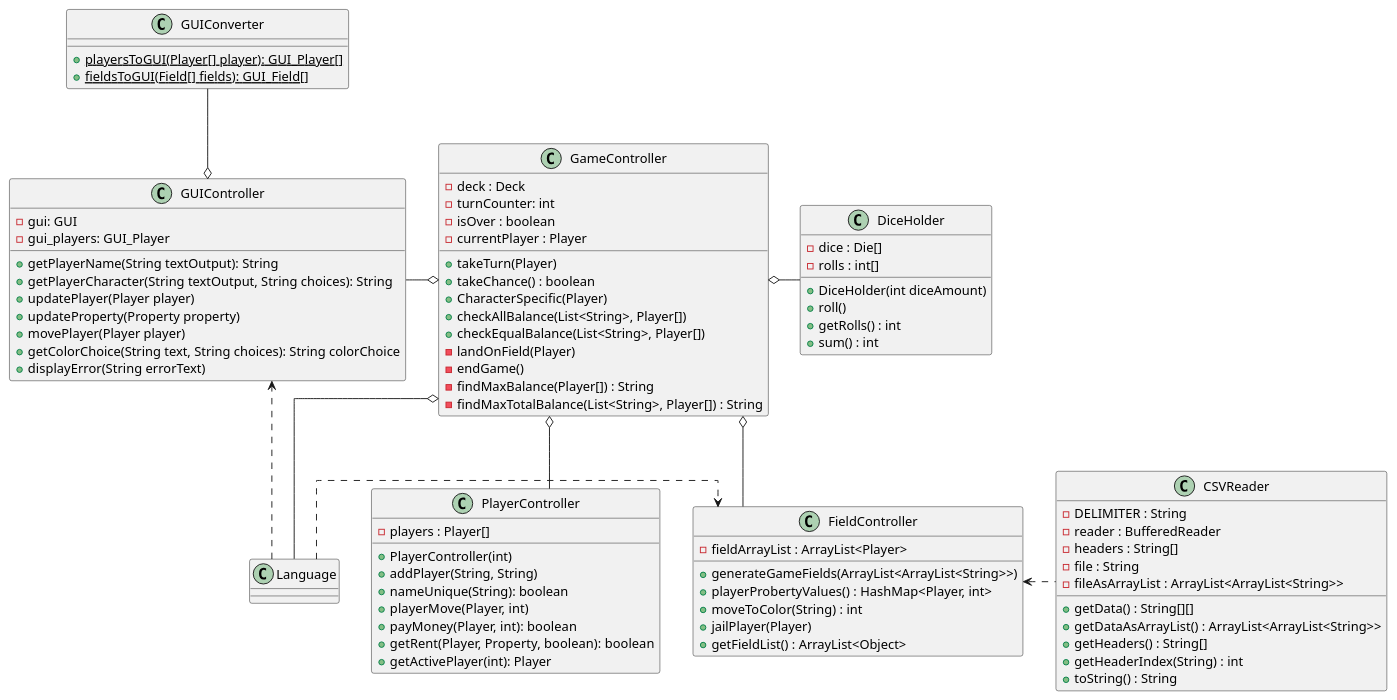
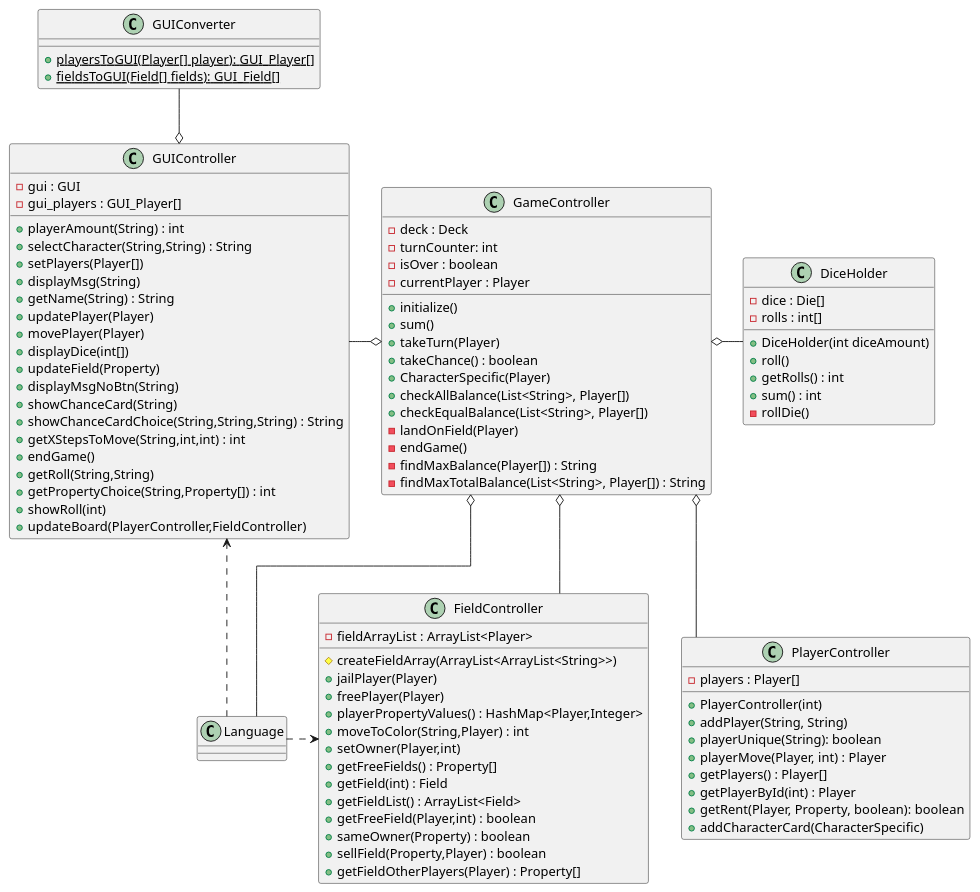
The diagram in src/main/resources/Diagrams/ControllerDiagram.puml (Gruppe-10-DTU/CDIO-FINAL), drawn with PlantUML before and after one commit.

Commit message:
updated diagram to match code

```diff
--- a/src/main/resources/Diagrams/ControllerDiagram.puml
+++ b/src/main/resources/Diagrams/ControllerDiagram.puml
@@ -1,93 +1,101 @@
 @startuml
 skinparam linetype ortho
 
 
 class Language{
 }
 
 class GUIController{
- - gui: GUI
- - gui_players: GUI_Player
- + getPlayerName(String textOutput): String
- + getPlayerCharacter(String textOutput, String choices): String
- + updatePlayer(Player player)
- + updateProperty(Property property)
- + movePlayer(Player player)
- + getColorChoice(String text, String choices): String colorChoice
- + displayError(String errorText)
+ - gui : GUI
+ - gui_players : GUI_Player[]
++ playerAmount(String) : int
++ selectCharacter(String,String) : String
++ setPlayers(Player[])
++ displayMsg(String)
++ getName(String) : String
++ updatePlayer(Player)
++ movePlayer(Player)
++ displayDice(int[])
++ updateField(Property)
++ displayMsgNoBtn(String)
++ showChanceCard(String)
++ showChanceCardChoice(String,String,String) : String
++ getXStepsToMove(String,int,int) : int
++ endGame()
++ getRoll(String,String)
++ getPropertyChoice(String,Property[]) : int
++ showRoll(int)
++ updateBoard(PlayerController,FieldController)
 }
 class GUIConverter{
  {static} + playersToGUI(Player[] player): GUI_Player[]
  {static} + fieldsToGUI(Field[] fields): GUI_Field[]
 }
 class GameController{
  - deck : Deck
  - turnCounter: int
  - isOver : boolean
  - currentPlayer : Player
+ + initialize()
+ + sum()
  + takeTurn(Player)
  + takeChance() : boolean
  + CharacterSpecific(Player)
  + checkAllBalance(List<String>, Player[])
  + checkEqualBalance(List<String>, Player[])
  - landOnField(Player)
  - endGame()
  - findMaxBalance(Player[]) : String
  - findMaxTotalBalance(List<String>, Player[]) : String
 }
 
 class PlayerController{
  - players : Player[]
  + PlayerController(int)
  + addPlayer(String, String)
- + nameUnique(String): boolean
- + playerMove(Player, int)
- + payMoney(Player, int): boolean
+ + playerUnique(String): boolean
+ + playerMove(Player, int) : Player
+ + getPlayers() : Player[]
+ + getPlayerById(int) : Player
  + getRent(Player, Property, boolean): boolean
- + getActivePlayer(int): Player
+ + addCharacterCard(CharacterSpecific)
 }
 
 class FieldController{
  - fieldArrayList : ArrayList<Player>
- + generateGameFields(ArrayList<ArrayList<String>>)
- + playerProbertyValues() : HashMap<Player, int>
- + moveToColor(String) : int
+ # createFieldArray(ArrayList<ArrayList<String>>)
  + jailPlayer(Player)
- + getFieldList() : ArrayList<Object>
-}
-
-
-class CSVReader{
- - DELIMITER : String
- - reader : BufferedReader
- - headers : String[]
- - file : String
- - fileAsArrayList : ArrayList<ArrayList<String>>
- + getData() : String[][]
- + getDataAsArrayList() : ArrayList<ArrayList<String>>
- + getHeaders() : String[]
- + getHeaderIndex(String) : int
- + toString() : String
+ + freePlayer(Player)
+ + playerPropertyValues() : HashMap<Player,Integer>
+ + moveToColor(String,Player) : int
+ + setOwner(Player,int)
+ + getFreeFields() : Property[]
+ + getField(int) : Field
+ + getFieldList() : ArrayList<Field>
+ + getFreeField(Player,int) : boolean
+ + sameOwner(Property) : boolean
+ + sellField(Property,Player) : boolean
+ + getFieldOtherPlayers(Player) : Property[]
 }
 
 class DiceHolder{
  - dice : Die[]
  - rolls : int[]
  + DiceHolder(int diceAmount)
  + roll()
  + getRolls() : int
  + sum() : int
+ - rollDie()
 }
 
 GameController o-left- GUIController
 GameController o-- PlayerController
 GameController o-- FieldController
 GameController o- DiceHolder
 GameController o-- Language
 GUIConverter --o GUIController
-FieldController <. CSVReader
 
 Language .> FieldController
 Language .> GUIController
 
 @enduml
```
